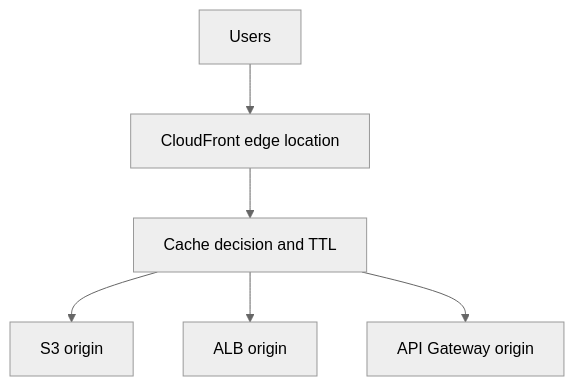
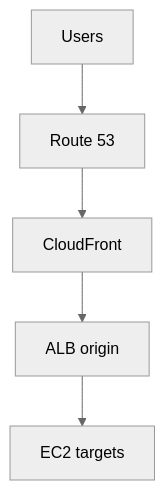
The fourth of 6 diagrams in README.md (prakash16126/AWS-Documentation), drawn with Mermaid (neutral theme) before and after one commit. The commit also changed other lines of this file, not shown here.

````diff
--- a/README.md
+++ b/README.md
@@ -990,8 +720,7 @@
 ```mermaid
 flowchart TD
-    Users --> Edge[CloudFront edge location]
-    Edge --> Cache[Cache decision and TTL]
-    Cache --> S3[S3 origin]
-    Cache --> ALB[ALB origin]
-    Cache --> API[API Gateway origin]
+    Users[Users] --> DNS[Route 53]
+    DNS --> CF[CloudFront]
+    CF --> ALB[ALB origin]
+    ALB --> ASG[EC2 targets]
 ```
````
